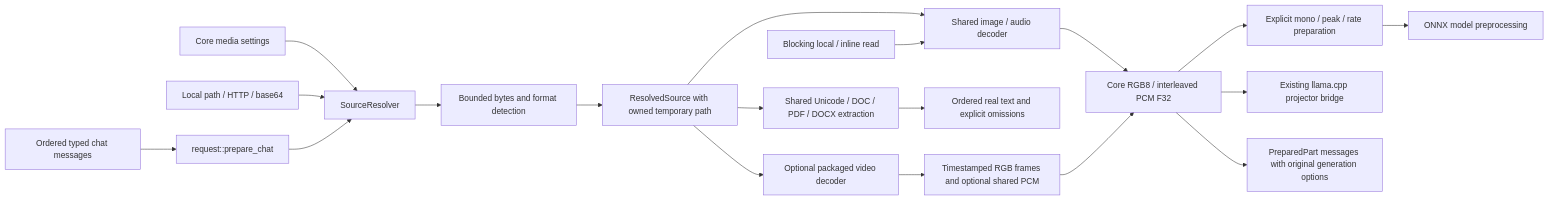
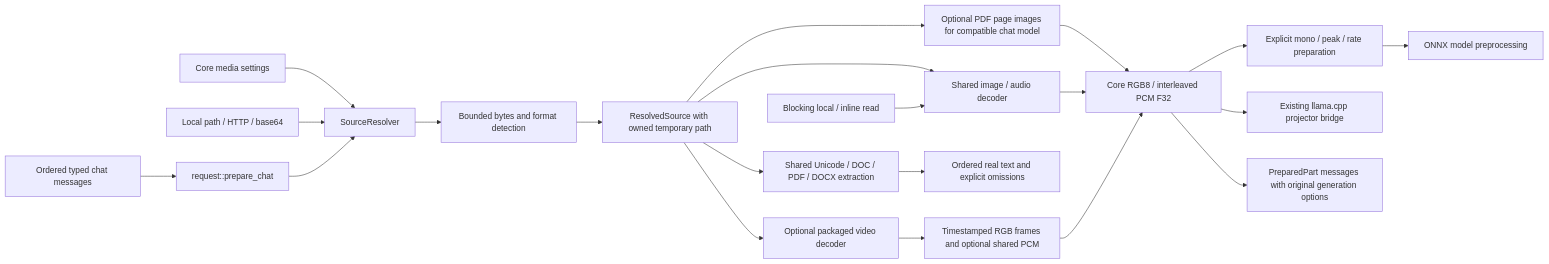
The second of 2 diagrams in engine/media/README.md (cluaiz/cluaiz), drawn with Mermaid before and after one commit. The commit also changed other lines of this file and 11 other files, not shown here.

````diff
--- a/engine/media/README.md
+++ b/engine/media/README.md
@@ -20,21 +20,23 @@
 ```mermaid
 flowchart LR
     A["Core media settings"] --> B["SourceResolver"]
     C["Local path / HTTP / base64"] --> B
     B --> D["Bounded bytes and format detection"]
     D --> E["ResolvedSource with owned temporary path"]
     E --> F["Shared image / audio decoder"]
     E --> D2["Shared Unicode / DOC / PDF / DOCX extraction"]
+    E --> DP["Optional PDF page images for compatible chat model"]
+    DP --> H
     D2 --> T["Ordered real text and explicit omissions"]
     G["Blocking local / inline read"] --> F
     F --> H["Core RGB8 / interleaved PCM F32"]
     H --> I["Explicit mono / peak / rate preparation"]
     I --> J["ONNX model preprocessing"]
     H --> K["Existing llama.cpp projector bridge"]
     E --> V["Optional packaged video decoder"]
     V --> VF["Timestamped RGB frames and optional shared PCM"]
     VF --> H
     L["Ordered typed chat messages"] --> M["request::prepare_chat"]
     M --> B
     H --> N["PreparedPart messages with original generation options"]
 ```
````
